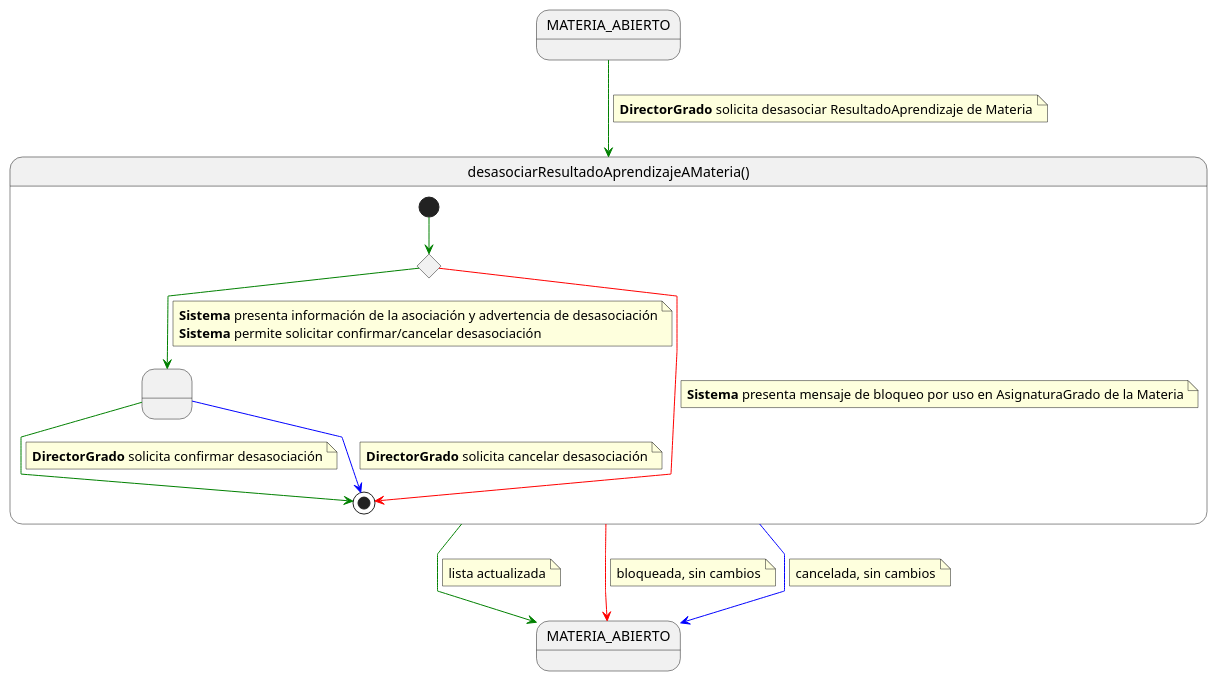
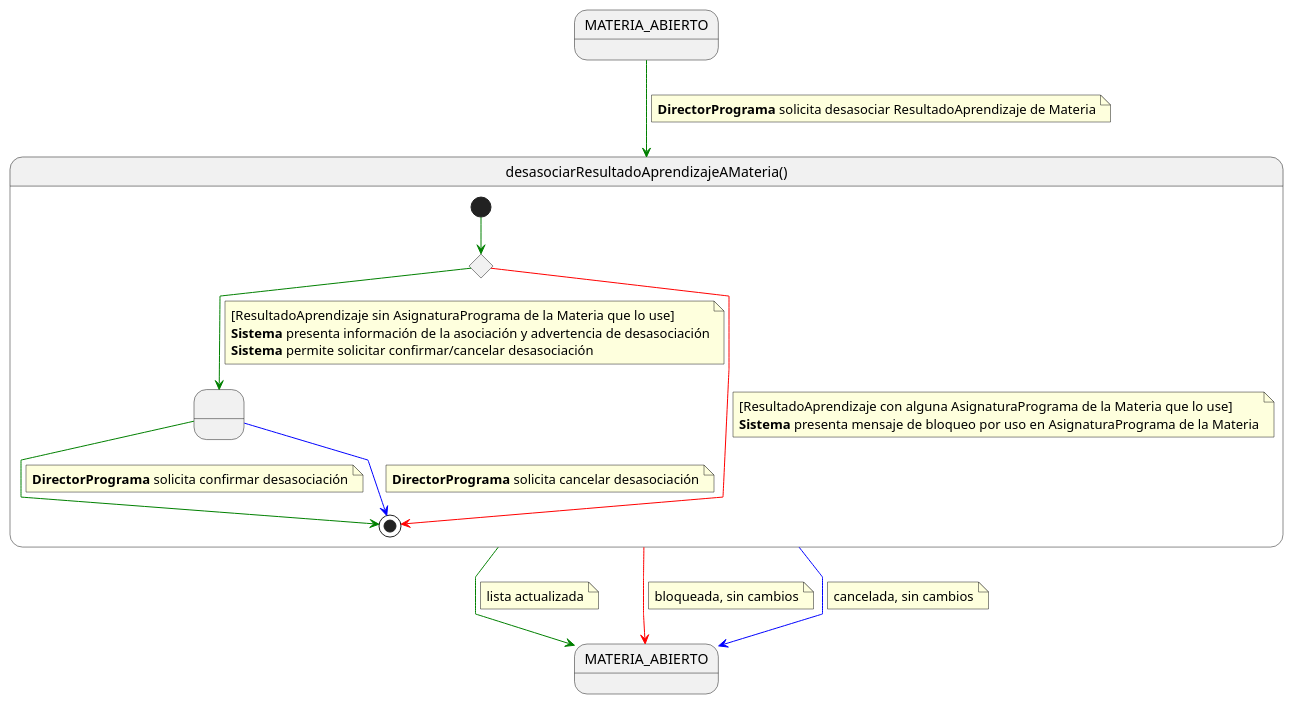
One commit to mmasias/pyCeldaPublico changed the diagram in RUP/01-requisitos/03-detalle-casos-uso/desasociarResultadoAprendizajeAMateria/especificacion.puml. Above: the diagram before and after it, drawn with PlantUML. The commit also changed 1249 other files, not shown here.

First line of the commit message:
docs: sincroniza el subconjunto público con pyCelda 55beb8b5 (rename Grado -> Programa y v0.11.0)

```diff
--- a/RUP/01-requisitos/03-detalle-casos-uso/desasociarResultadoAprendizajeAMateria/especificacion.puml
+++ b/RUP/01-requisitos/03-detalle-casos-uso/desasociarResultadoAprendizajeAMateria/especificacion.puml
@@ -1,57 +1,59 @@
 @startuml desasociarResultadoAprendizajeAMateria
 
 skinparam linetype polyline
 
 state MATERIA_ABIERTO
 state MATERIA_ABIERTO_SALIDA as "MATERIA_ABIERTO"
 
 MATERIA_ABIERTO -[#green]-> desasociarResultadoAprendizajeAMateria
 note on link
-<b>DirectorGrado</b> solicita desasociar ResultadoAprendizaje de Materia
+<b>DirectorPrograma</b> solicita desasociar ResultadoAprendizaje de Materia
 end note
 
 state desasociarResultadoAprendizajeAMateria as "desasociarResultadoAprendizajeAMateria()" {
 
     state " " as ConfirmandoDesasociacion
     state c <<choice>>
 
     [*] -[#green]-> c
 
     c -[#green]-> ConfirmandoDesasociacion
     note on link
+    [ResultadoAprendizaje sin AsignaturaPrograma de la Materia que lo use]
     <b>Sistema</b> presenta información de la asociación y advertencia de desasociación
     <b>Sistema</b> permite solicitar confirmar/cancelar desasociación
     end note
 
     c -[#red]-> [*]
     note on link
-    <b>Sistema</b> presenta mensaje de bloqueo por uso en AsignaturaGrado de la Materia
+    [ResultadoAprendizaje con alguna AsignaturaPrograma de la Materia que lo use]
+    <b>Sistema</b> presenta mensaje de bloqueo por uso en AsignaturaPrograma de la Materia
     end note
 
     ConfirmandoDesasociacion -[#green]-> [*]
     note on link
-    <b>DirectorGrado</b> solicita confirmar desasociación
+    <b>DirectorPrograma</b> solicita confirmar desasociación
     end note
 
     ConfirmandoDesasociacion -[#blue]-> [*]
     note on link
-    <b>DirectorGrado</b> solicita cancelar desasociación
+    <b>DirectorPrograma</b> solicita cancelar desasociación
     end note
 }
 
 desasociarResultadoAprendizajeAMateria -[#green]-> MATERIA_ABIERTO_SALIDA
 note on link
 lista actualizada
 end note
 
 desasociarResultadoAprendizajeAMateria -[#red]-> MATERIA_ABIERTO_SALIDA
 note on link
 bloqueada, sin cambios
 end note
 
 desasociarResultadoAprendizajeAMateria -[#blue]-> MATERIA_ABIERTO_SALIDA
 note on link
 cancelada, sin cambios
 end note
 
 @enduml
```
